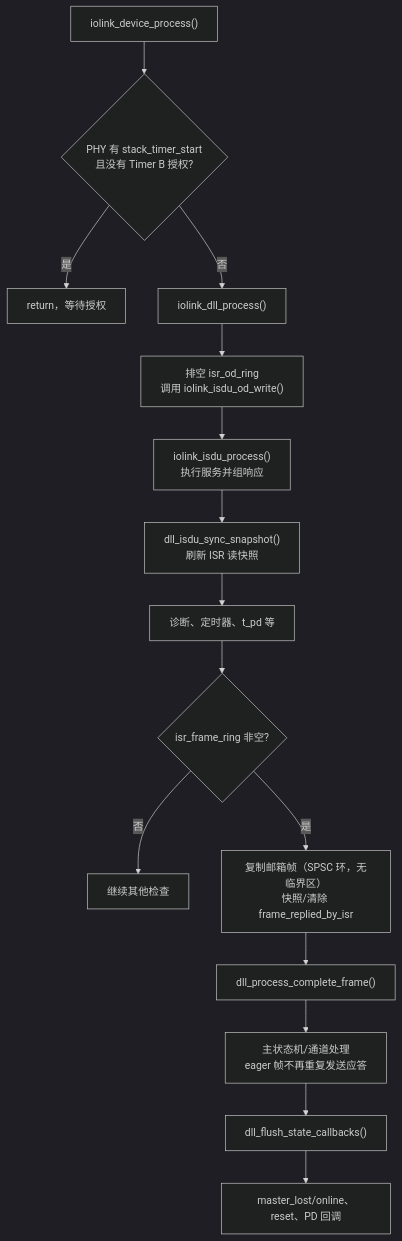
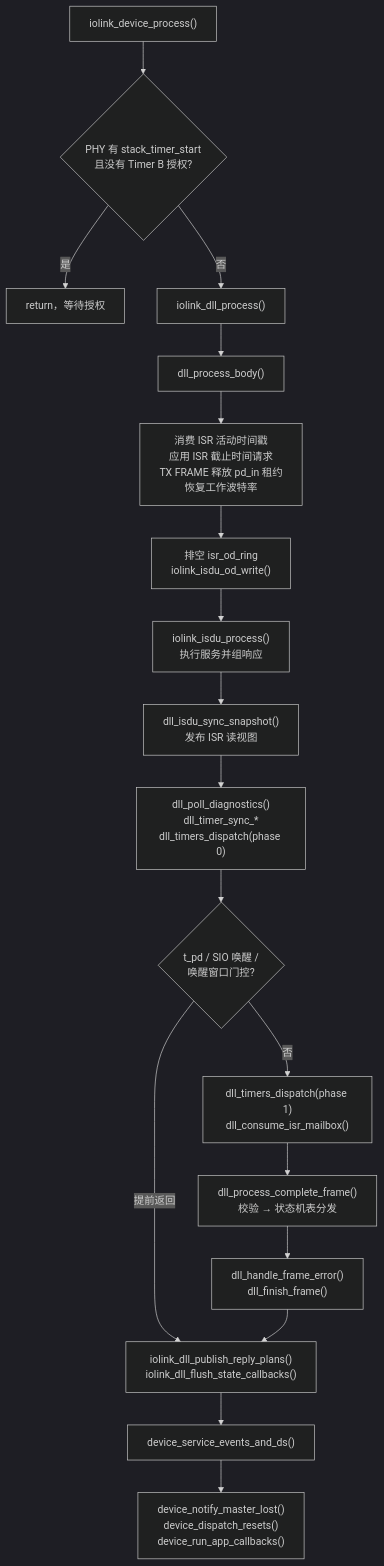
Before and after one commit to Adlyq/iolinki: the fifth of 16 diagrams in docs/CODE_FLOW.md, drawn with Mermaid (dark theme). The commit also changed other lines of this file and 7 other files, not shown here.

First line of the commit message:
docs: sync the API, architecture and flow docs with the post-CR code

````diff
--- a/docs/CODE_FLOW.md
+++ b/docs/CODE_FLOW.md
@@ -262,17 +320,20 @@
 ```mermaid
 flowchart TD
     A["iolink_device_process()"] --> B{"PHY 有 stack_timer_start<br/>且没有 Timer B 授权?"}
     B -- 是 --> Z["return，等待授权"]
     B -- 否 --> C["iolink_dll_process()"]
-    C --> D["排空 isr_od_ring<br/>调用 iolink_isdu_od_write()"]
+    C --> C1["dll_process_body()"]
+    C1 --> C2["消费 ISR 活动时间戳<br/>应用 ISR 截止时间请求<br/>TX FRAME 释放 pd_in 租约<br/>恢复工作波特率"]
+    C2 --> D["排空 isr_od_ring<br/>iolink_isdu_od_write()"]
     D --> E["iolink_isdu_process()<br/>执行服务并组响应"]
-    E --> F["dll_isdu_sync_snapshot()<br/>刷新 ISR 读快照"]
-    F --> G["诊断、定时器、t_pd 等"]
-    G --> H{"isr_frame_ring 非空?"}
-    H -- 否 --> I["继续其他检查"]
-    H -- 是 --> J["复制邮箱帧（SPSC 环，无临界区）<br/>快照/清除 frame_replied_by_isr"]
-    J --> K["dll_process_complete_frame()"]
-    K --> L["主状态机/通道处理<br/>eager 帧不再重复发送应答"]
-    L --> M["dll_flush_state_callbacks()"]
-    M --> N["master_lost/online、reset、PD 回调"]
+    E --> F["dll_isdu_sync_snapshot()<br/>发布 ISR 读视图"]
+    F --> G["dll_poll_diagnostics()<br/>dll_timer_sync_*<br/>dll_timers_dispatch(phase 0)"]
+    G --> G1{"t_pd / SIO 唤醒 /<br/>唤醒窗口门控?"}
+    G1 -- 提前返回 --> H
+    G1 -- 否 --> G2["dll_timers_dispatch(phase 1)<br/>dll_consume_isr_mailbox()"]
+    G2 --> K["dll_process_complete_frame()<br/>校验 → 状态机表分发"]
+    K --> K1["dll_handle_frame_error()<br/>dll_finish_frame()"]
+    K1 --> H["iolink_dll_publish_reply_plans()<br/>iolink_dll_flush_state_callbacks()"]
+    H --> L["device_service_events_and_ds()"]
+    L --> M["device_notify_master_lost()<br/>device_dispatch_resets()<br/>device_run_app_callbacks()"]
 ```
````
